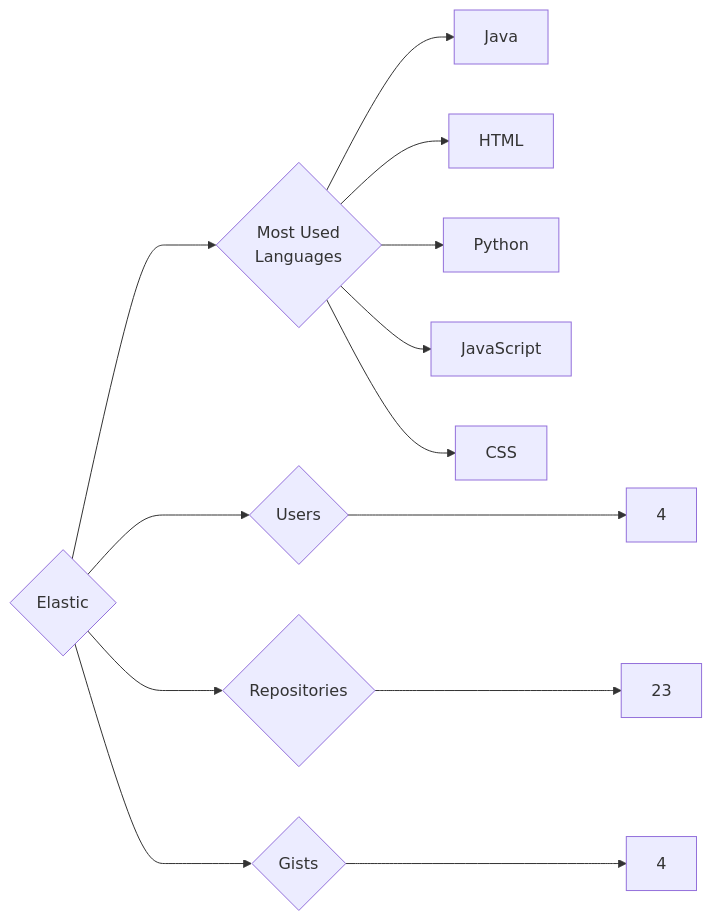
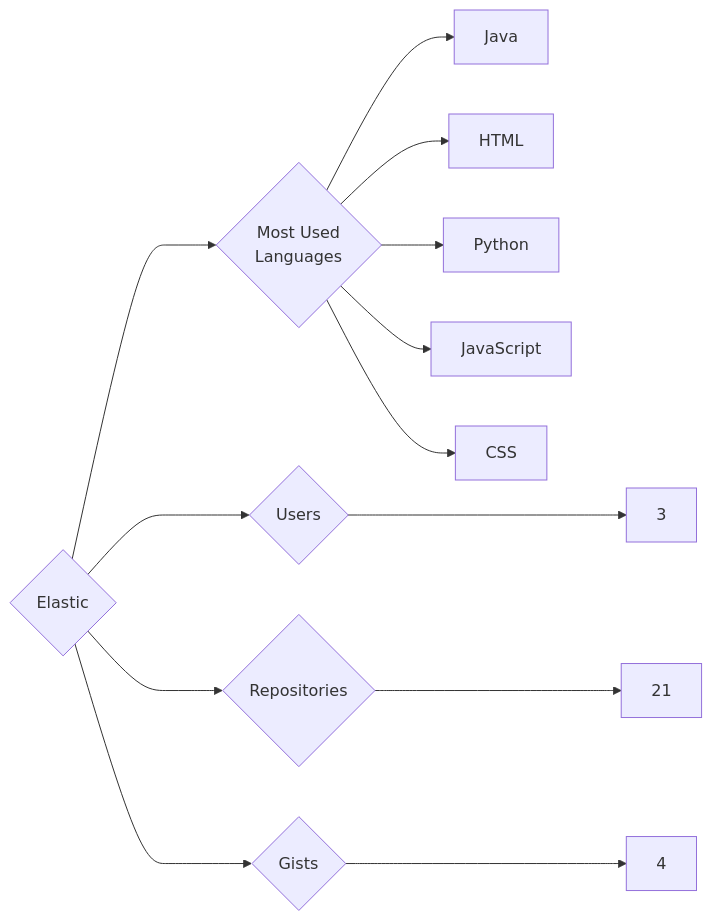
The diagram in targets/Elastic/README.md (trickest/insiders), drawn with Mermaid before and after one commit. The commit also changed 912 other files, not shown here.

````diff
--- a/targets/Elastic/README.md
+++ b/targets/Elastic/README.md
@@ -3,13 +3,13 @@
 ```mermaid
 graph LR
 COMPANY_NAME{Elastic}
-COMPANY_NAME ---> U{Users} ---> UN[4]
-COMPANY_NAME ---> R{Repositories} ---> RN[23]
+COMPANY_NAME ---> U{Users} ---> UN[3]
+COMPANY_NAME ---> R{Repositories} ---> RN[21]
 COMPANY_NAME ---> G{Gists} ---> GN[4]
 COMPANY_NAME ---> ML{Most Used<br>Languages}
 ML --> Java[Java]
 ML --> HTML[HTML]
 ML --> Python[Python]
 ML --> JavaScript[JavaScript]
 ML --> CSS[CSS]
 ```
````
